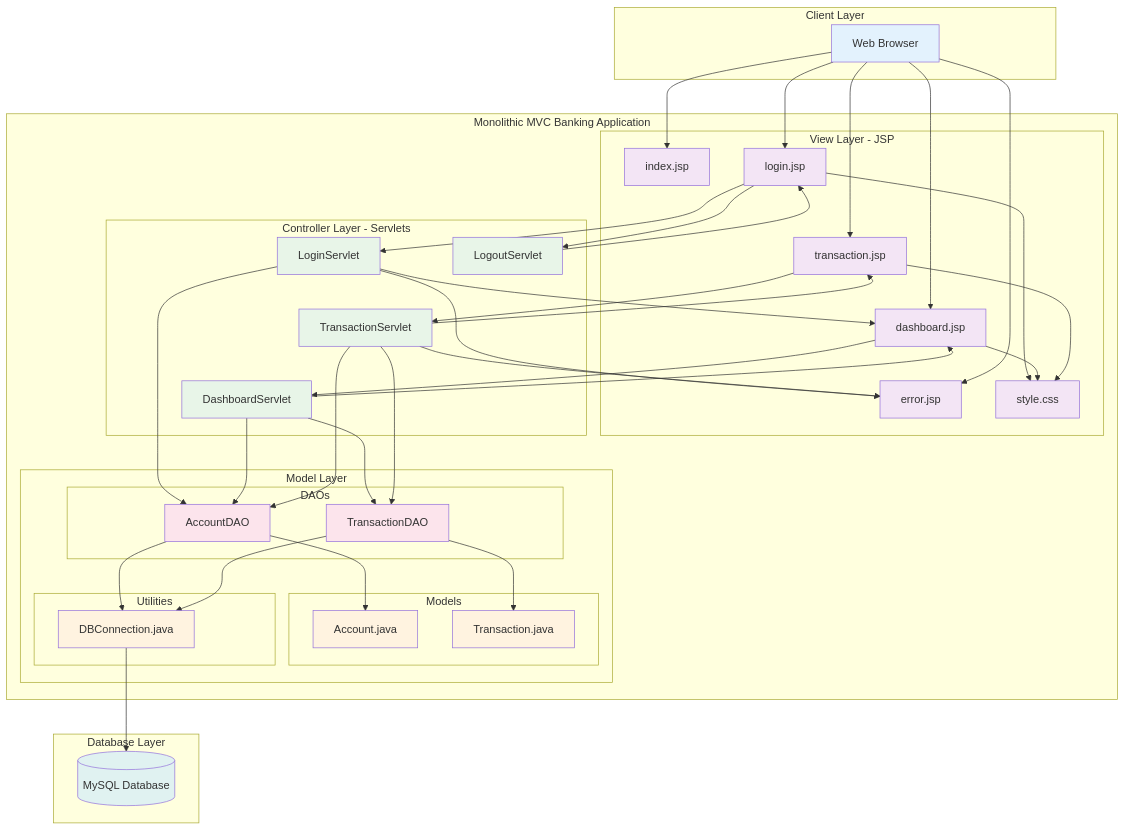
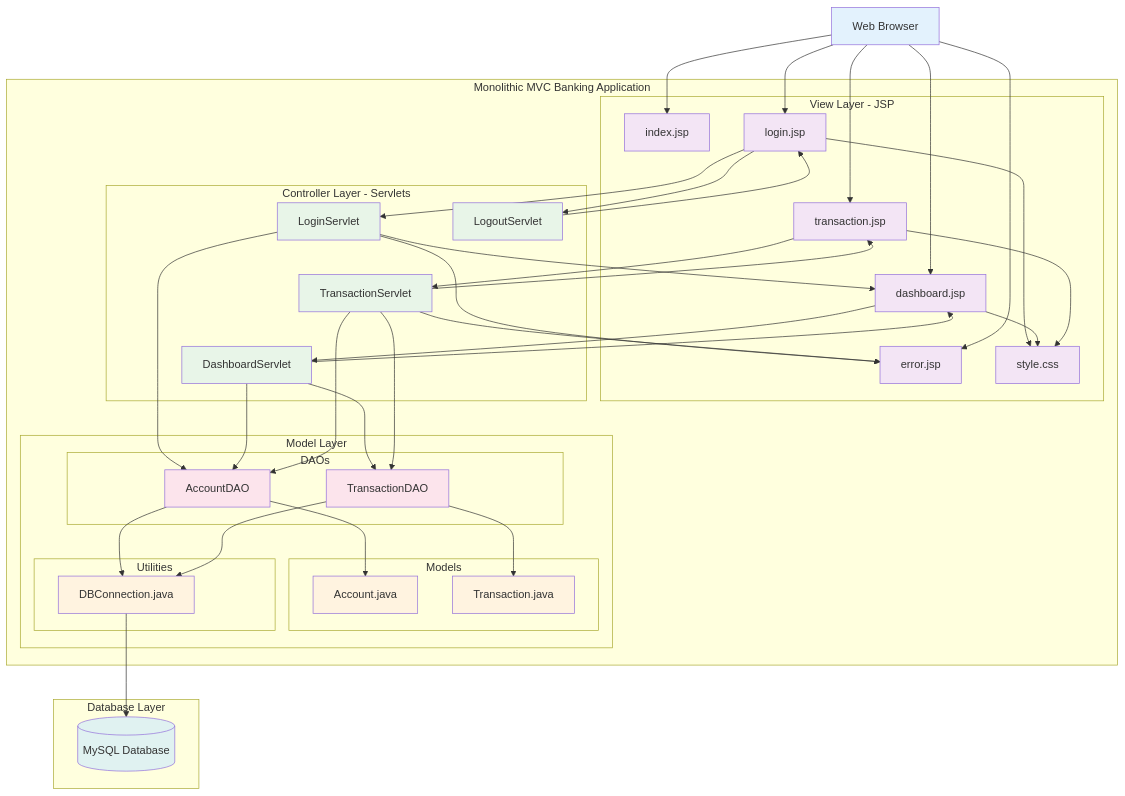
Before and after one commit to RICH0423/banking-app: the diagram in README.md, drawn with Mermaid.

````diff
--- a/README.md
+++ b/README.md
@@ -8,9 +8,7 @@
 ```mermaid
 graph TB
     %% Client Layer
-    subgraph "Client Layer"
-        Browser[Web Browser]
-    end
+    Browser[Web Browser]
     
     %% Monolithic MVC Application
     subgraph "Monolithic MVC Banking Application"
````
